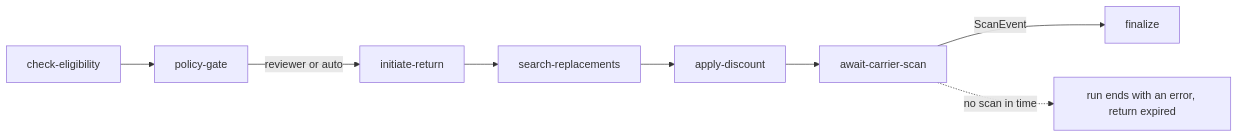
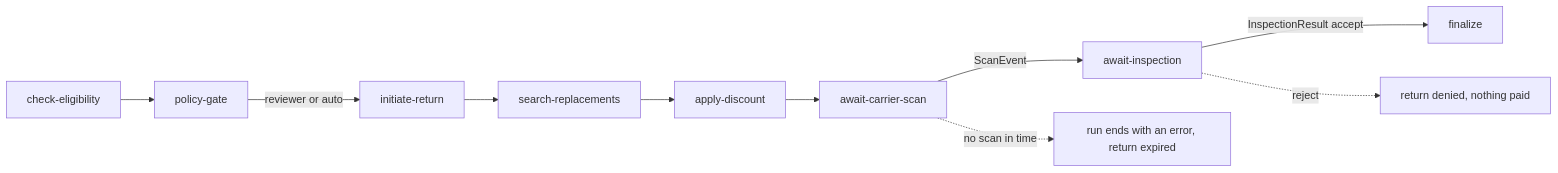
One commit to rakyma0228/eCommerce-agent changed the diagram in docs/return-lifecycle.md. Above: the diagram before and after it, drawn with Mermaid. The commit also changed other lines of this file and 21 other files, not shown here.

````diff
--- a/docs/return-lifecycle.md
+++ b/docs/return-lifecycle.md
@@ -9,10 +9,12 @@
 ```mermaid
 flowchart LR
     A[check-eligibility] --> B[policy-gate]
     B -->|reviewer or auto| C[initiate-return]
     C --> D[search-replacements]
     D --> E[apply-discount]
     E --> F[await-carrier-scan]
-    F -->|ScanEvent| G[finalize]
+    F -->|ScanEvent| I[await-inspection]
     F -.->|no scan in time| H[run ends with an error, return expired]
+    I -->|InspectionResult accept| G[finalize]
+    I -.->|reject| J[return denied, nothing paid]
 ```
````
